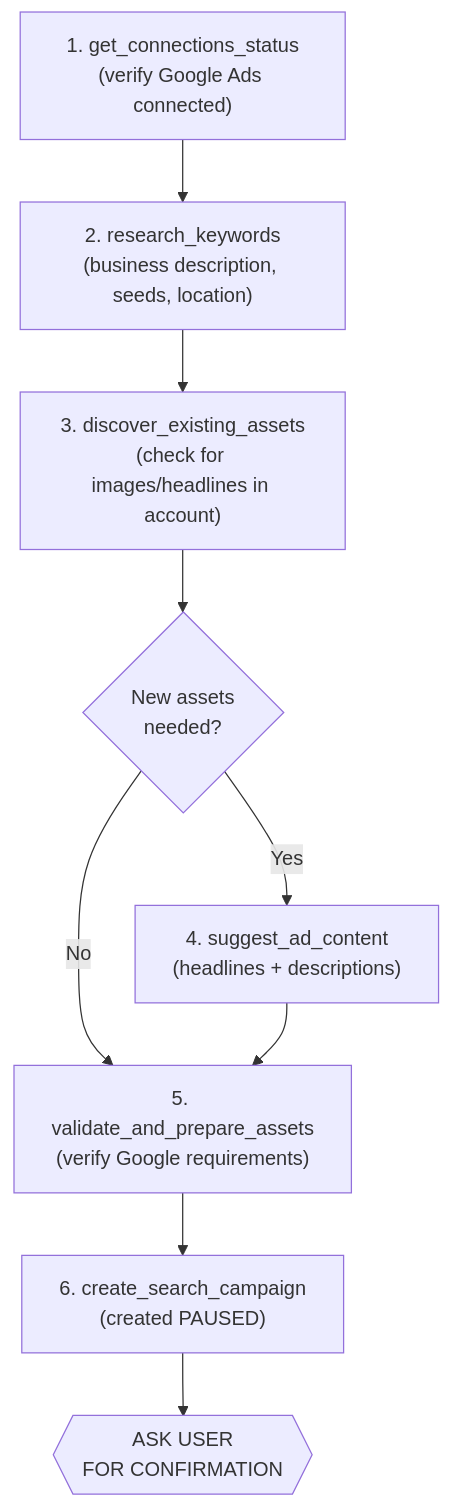
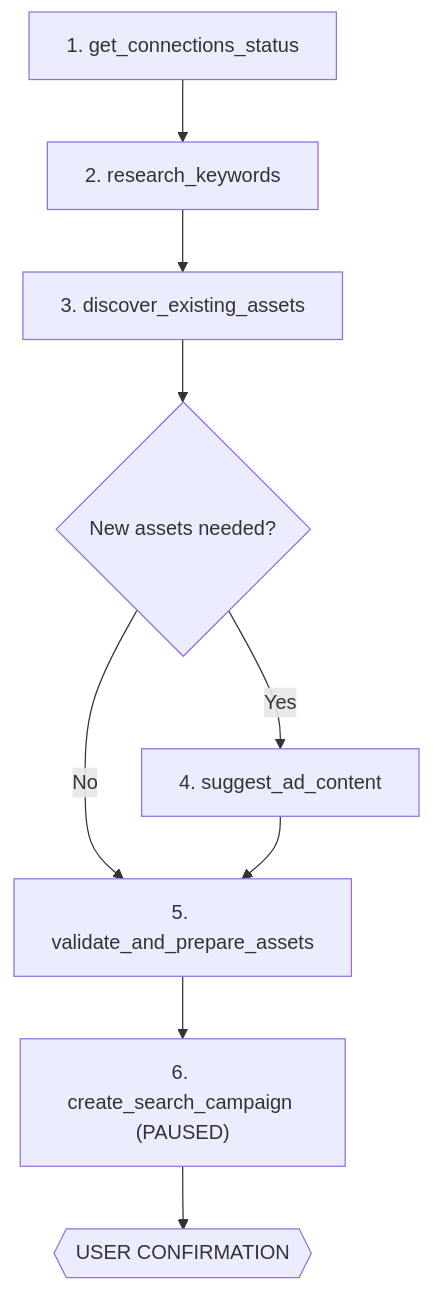
One commit to Adspirer/docs changed the second of 8 diagrams in agent-skills/workflows.mdx. Above: the diagram before and after it, drawn with Mermaid. The commit also changed other lines of this file and 1 other file, not shown here.

First line of the commit message:
Fix Mermaid diagrams and restore plain-text tool sequences for LLM readability

````diff
--- a/agent-skills/workflows.mdx
+++ b/agent-skills/workflows.mdx
@@ -45,11 +66,11 @@
 ```mermaid
 flowchart TD
-    A["1. get_connections_status\n(verify Google Ads connected)"] --> B["2. research_keywords\n(business description, seeds, location)"]
-    B --> C["3. discover_existing_assets\n(check for images/headlines in account)"]
-    C --> D{"New assets\nneeded?"}
-    D -->|Yes| E["4. suggest_ad_content\n(headlines + descriptions)"]
-    D -->|No| F["5. validate_and_prepare_assets\n(verify Google requirements)"]
+    A["1. get_connections_status"] --> B["2. research_keywords"]
+    B --> C["3. discover_existing_assets"]
+    C --> D{"New assets needed?"}
+    D -->|Yes| E["4. suggest_ad_content"]
+    D -->|No| F["5. validate_and_prepare_assets"]
     E --> F
-    F --> G["6. create_search_campaign\n(created PAUSED)"]
-    G --> H{{"ASK USER\nFOR CONFIRMATION"}}
+    F --> G["6. create_search_campaign (PAUSED)"]
+    G --> H{{"USER CONFIRMATION"}}
 ```
````
